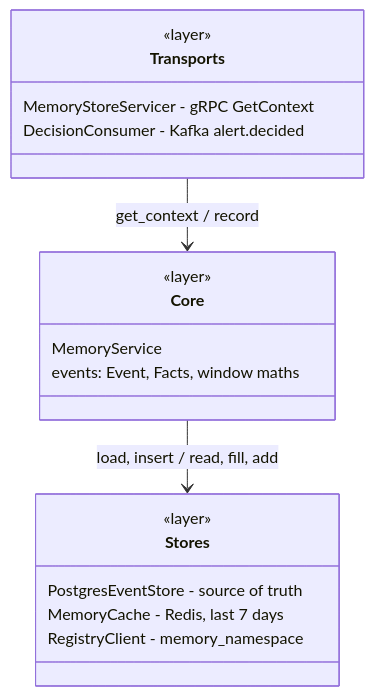
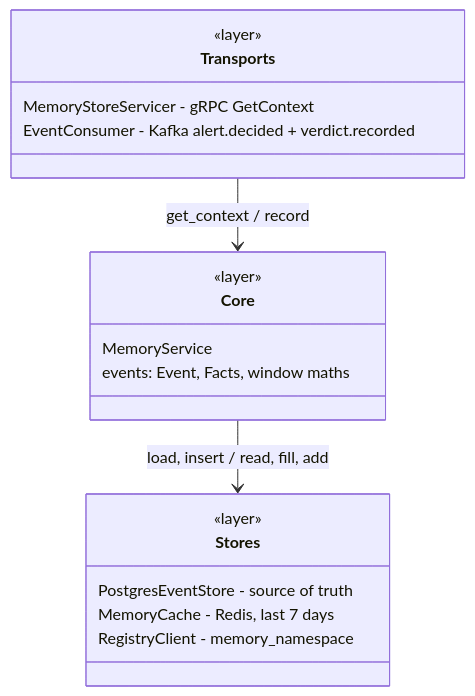
The first of 4 diagrams in backend/services/memory-store/CLASS_DIAGRAM.md (SrikanthArgp/agentic-platform), drawn with Mermaid before and after one commit. The commit also changed other lines of this file and 20 other files, not shown here.

````diff
--- a/backend/services/memory-store/CLASS_DIAGRAM.md
+++ b/backend/services/memory-store/CLASS_DIAGRAM.md
@@ -16,22 +17,22 @@
 ```mermaid
 classDiagram
     direction TB
     class Transports {
         <<layer>>
         MemoryStoreServicer - gRPC GetContext
-        DecisionConsumer - Kafka alert.decided
+        EventConsumer - Kafka alert.decided + verdict.recorded
     }
     class Core {
         <<layer>>
         MemoryService
         events: Event, Facts, window maths
     }
     class Stores {
         <<layer>>
         PostgresEventStore - source of truth
         MemoryCache - Redis, last 7 days
         RegistryClient - memory_namespace
     }
     Transports --> Core : get_context / record
     Core --> Stores : load, insert / read, fill, add
 ```
````
